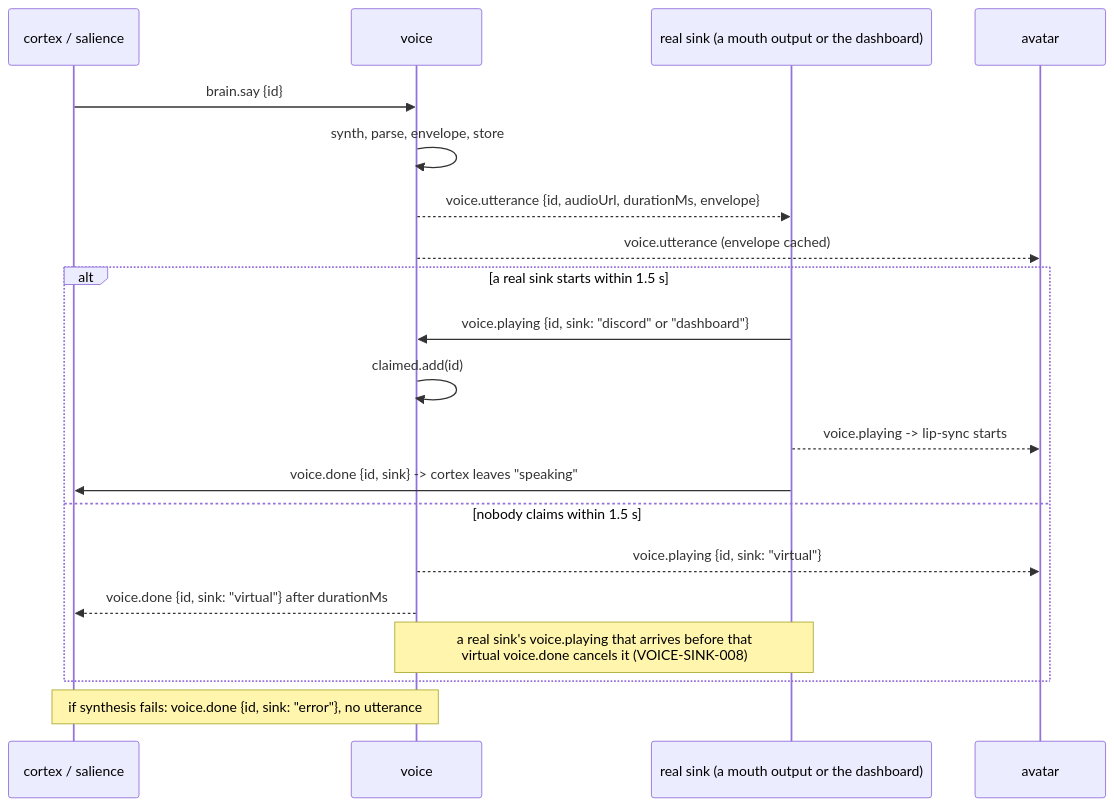
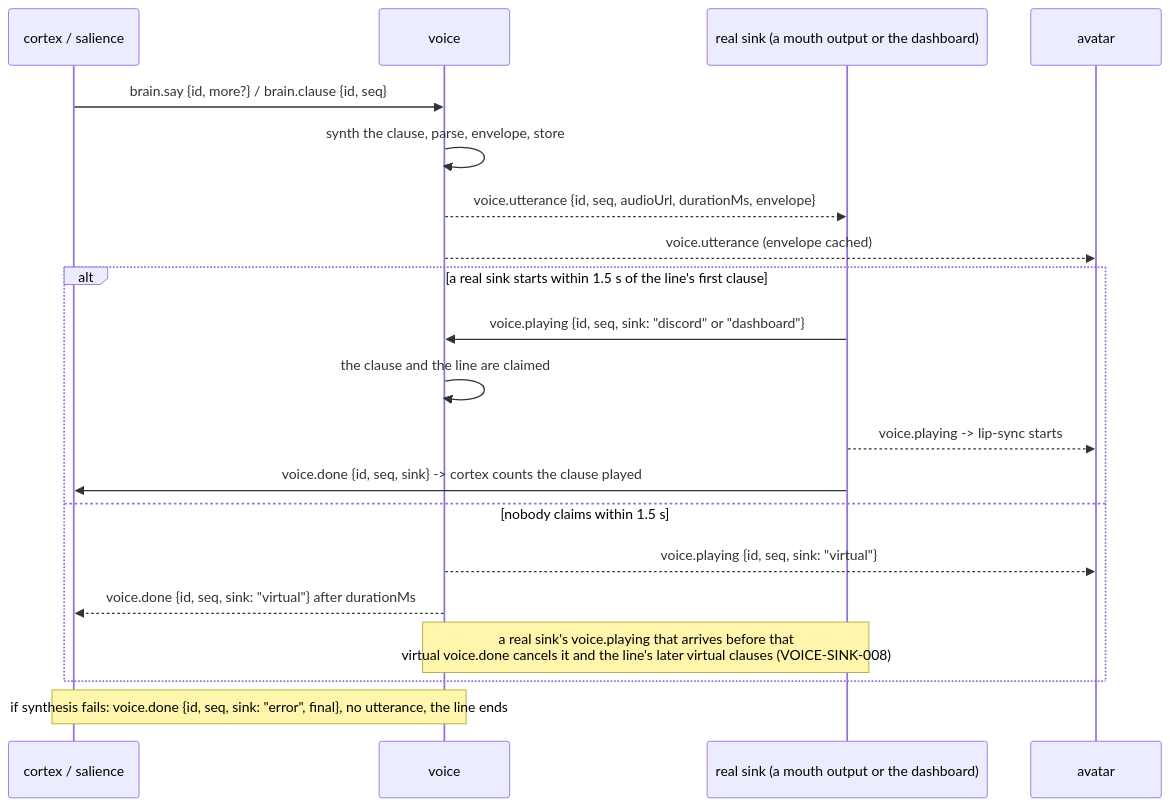
One commit to CoderCoco-Studios/cohost changed the diagram in docs/intent/voice/voice-design.md. Above: the diagram before and after it, drawn with Mermaid. The commit also changed other lines of this file and 41 other files, not shown here.

````diff
--- a/docs/intent/voice/voice-design.md
+++ b/docs/intent/voice/voice-design.md
@@ -169,22 +181,22 @@
 ```mermaid
 sequenceDiagram
   participant C as cortex / salience
   participant V as voice
   participant S as real sink (a mouth output or the dashboard)
   participant A as avatar
-  C->>V: brain.say {id}
-  V->>V: synth, parse, envelope, store
-  V-->>S: voice.utterance {id, audioUrl, durationMs, envelope}
+  C->>V: brain.say {id, more?} / brain.clause {id, seq}
+  V->>V: synth the clause, parse, envelope, store
+  V-->>S: voice.utterance {id, seq, audioUrl, durationMs, envelope}
   V-->>A: voice.utterance (envelope cached)
-  alt a real sink starts within 1.5 s
-    S->>V: voice.playing {id, sink: "discord" or "dashboard"}
-    V->>V: claimed.add(id)
+  alt a real sink starts within 1.5 s of the line's first clause
+    S->>V: voice.playing {id, seq, sink: "discord" or "dashboard"}
+    V->>V: the clause and the line are claimed
     S-->>A: voice.playing -> lip-sync starts
-    S->>C: voice.done {id, sink} -> cortex leaves "speaking"
+    S->>C: voice.done {id, seq, sink} -> cortex counts the clause played
   else nobody claims within 1.5 s
-    V-->>A: voice.playing {id, sink: "virtual"}
-    V-->>C: voice.done {id, sink: "virtual"} after durationMs
-    Note over V,S: a real sink's voice.playing that arrives before that<br/>virtual voice.done cancels it (VOICE-SINK-008)
+    V-->>A: voice.playing {id, seq, sink: "virtual"}
+    V-->>C: voice.done {id, seq, sink: "virtual"} after durationMs
+    Note over V,S: a real sink's voice.playing that arrives before that<br/>virtual voice.done cancels it and the line's later virtual clauses (VOICE-SINK-008)
   end
-  Note over V,C: if synthesis fails: voice.done {id, sink: "error"}, no utterance
+  Note over V,C: if synthesis fails: voice.done {id, seq, sink: "error", final}, no utterance, the line ends
 ```
````
